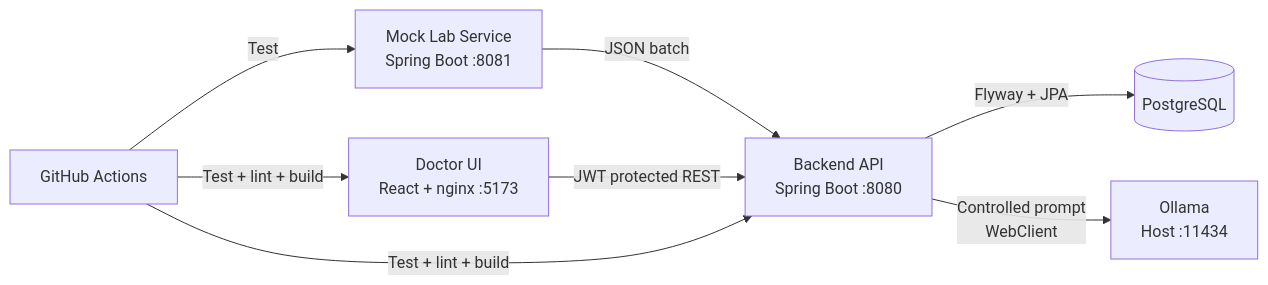
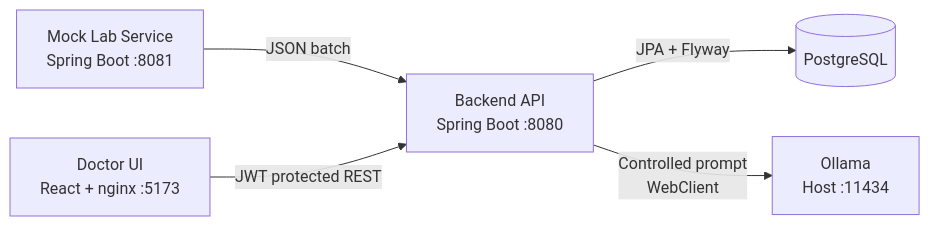
Before and after one commit to dselimozcelik/lab-results-smart-assistant: the diagram in README.md, drawn with Mermaid. The commit also changed other lines of this file and 7 other files, not shown here.

````diff
--- a/README.md
+++ b/README.md
@@ -44,10 +75,7 @@
 ```mermaid
 flowchart LR
     D["Mock Lab Service<br/>Spring Boot :8081"] -->|"JSON batch"| B["Backend API<br/>Spring Boot :8080"]
-    B -->|"Flyway + JPA"| P[("PostgreSQL")]
+    B -->|"JPA + Flyway"| P[("PostgreSQL")]
     B -->|"Controlled prompt<br/>WebClient"| O["Ollama<br/>Host :11434"]
     F["Doctor UI<br/>React + nginx :5173"] -->|"JWT protected REST"| B
-    G["GitHub Actions"] -->|"Test + lint + build"| B
-    G -->|"Test"| D
-    G -->|"Test + lint + build"| F
 ```
````
